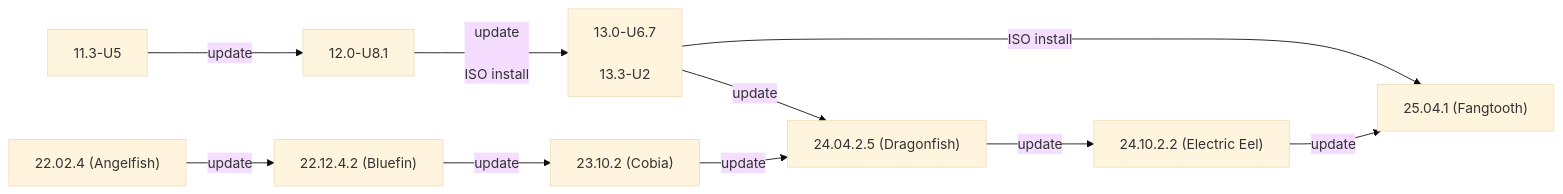
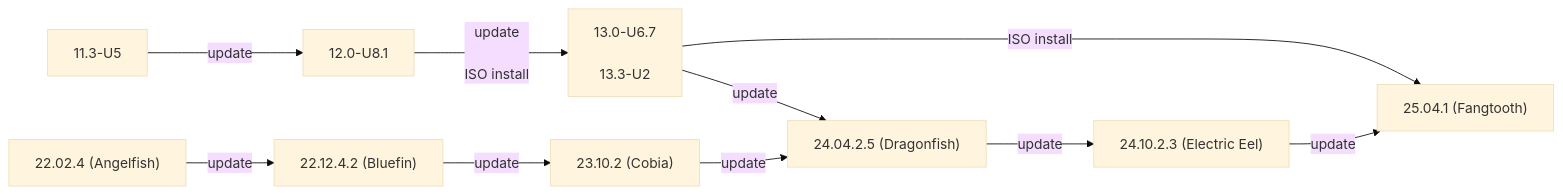
Before and after one commit to truenas/documentation: the first of 2 diagrams in static/includes/SCALEUpgradePaths.md, drawn with Mermaid (base theme). The commit also changed other lines of this file, not shown here.

```diff
--- a/static/includes/SCALEUpgradePaths.md
+++ b/static/includes/SCALEUpgradePaths.md
@@ -67,13 +67,13 @@
           {{< mermaid class="mermaid_sizing" >}}
           flowchart LR
             A["11.3-U5"] -->|update| B["12.0-U8.1"]
             B -->|"update<br><br>ISO install"| C["13.0-U6.7<br><br>13.3-U2"]
             C -->|update| G
             C -->|ISO install| I
             D["22.02.4 (Angelfish)"] -->|update| E
             E["22.12.4.2 (Bluefin)"] -->|update| F
             F["23.10.2 (Cobia)"] -->|update| G
             G["24.04.2.5 (Dragonfish)"] -->|update| H
-            H["24.10.2.2 (Electric Eel)"] -->|update| I
+            H["24.10.2.3 (Electric Eel)"] -->|update| I
             I["25.04.1 (Fangtooth)"]
           {{< /mermaid >}}
```
